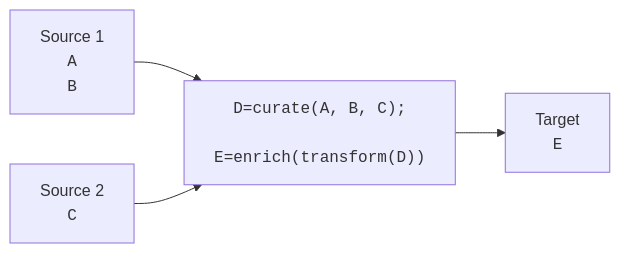
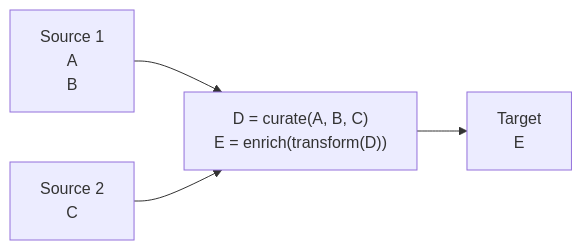
One commit to VirtualMetric/virtualmetric-docs changed the fifth of 5 diagrams in docs/admin/pipelines/overview.mdx. Above: the diagram before and after it, drawn with Mermaid. The commit also changed other lines of this file and 8 other files, not shown here.

````diff
--- a/docs/admin/pipelines/overview.mdx
+++ b/docs/admin/pipelines/overview.mdx
@@ -200,21 +192,21 @@
 ```mermaid
-%%{init: {"flowchart": {"htmlLabels": false}} }%%
+%%{init: {"flowchart": {"htmlLabels": false}}}%%
 flowchart LR
 	source1Box["`Source 1
-		<code>A</code>
-		<code>B</code>
+		A
+		B
 	`"]
 	source2Box["`Source 2
-		<code>C</code>
+		C
 	`"]
-    	processorBox["`
-      <code>D=curate(A, B, C);</code>
-			<code>E=enrich(transform(D))</code>
+  processorBox["`
+    D = curate(A, B, C)
+		E = enrich(transform(D))
 	`"]
 	targetBox["`Target
-		<code>E</code>
+		E
 	`"]
 	source1Box --> processorBox;
 	source2Box --> processorBox;
 	processorBox --> targetBox
 ```
````
